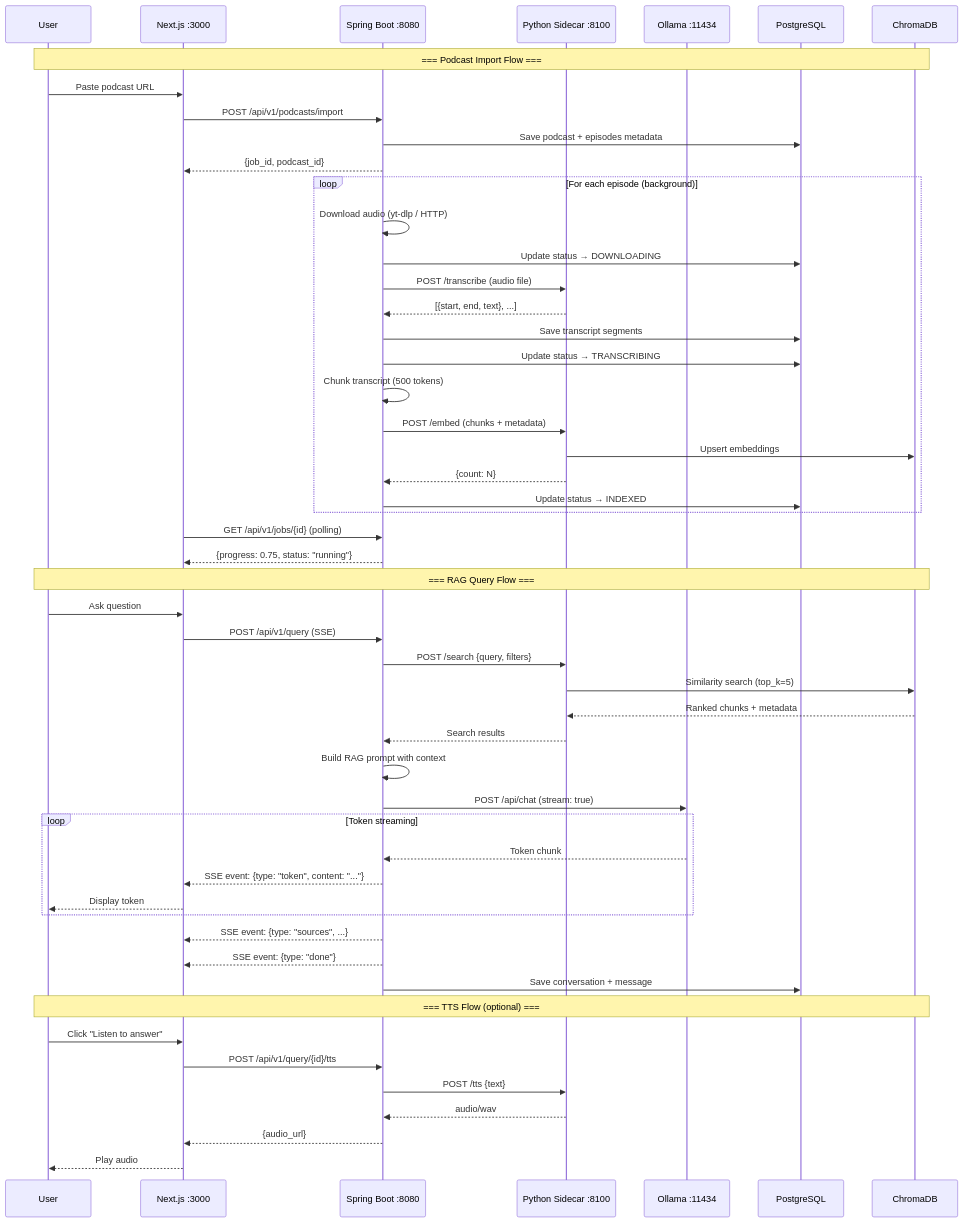
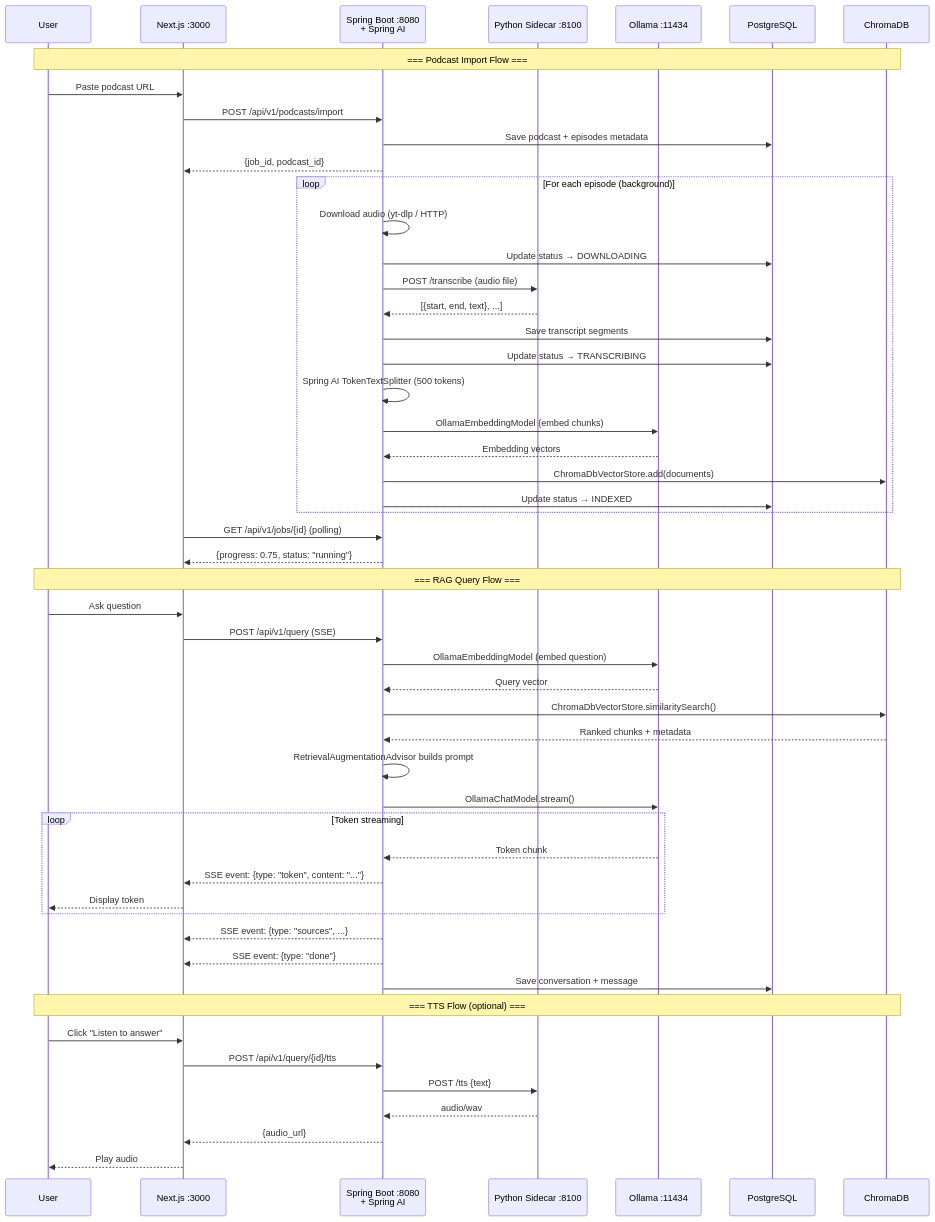
Before and after one commit to jsohi/localloom: the sixth of 7 diagrams in docs/DIAGRAMS.md, drawn with Mermaid. The commit also changed other lines of this file and 1 other file, not shown here.

First line of the commit message:
Adopt Spring AI for embeddings, RAG, and LLM integration

````diff
--- a/docs/DIAGRAMS.md
+++ b/docs/DIAGRAMS.md
@@ -285,65 +285,65 @@
 ```mermaid
 sequenceDiagram
     participant User
     participant Frontend as Next.js :3000
-    participant API as Spring Boot :8080
+    participant API as Spring Boot :8080<br/>+ Spring AI
     participant Sidecar as Python Sidecar :8100
     participant Ollama as Ollama :11434
     participant DB as PostgreSQL
     participant ChromaDB
 
     Note over User,ChromaDB: === Podcast Import Flow ===
 
     User->>Frontend: Paste podcast URL
     Frontend->>API: POST /api/v1/podcasts/import
     API->>DB: Save podcast + episodes metadata
     API-->>Frontend: {job_id, podcast_id}
 
     loop For each episode (background)
         API->>API: Download audio (yt-dlp / HTTP)
         API->>DB: Update status → DOWNLOADING
         API->>Sidecar: POST /transcribe (audio file)
         Sidecar-->>API: [{start, end, text}, ...]
         API->>DB: Save transcript segments
         API->>DB: Update status → TRANSCRIBING
-        API->>API: Chunk transcript (500 tokens)
-        API->>Sidecar: POST /embed (chunks + metadata)
-        Sidecar->>ChromaDB: Upsert embeddings
-        Sidecar-->>API: {count: N}
+        API->>API: Spring AI TokenTextSplitter (500 tokens)
+        API->>Ollama: OllamaEmbeddingModel (embed chunks)
+        Ollama-->>API: Embedding vectors
+        API->>ChromaDB: ChromaDbVectorStore.add(documents)
         API->>DB: Update status → INDEXED
     end
 
     Frontend->>API: GET /api/v1/jobs/{id} (polling)
     API-->>Frontend: {progress: 0.75, status: "running"}
 
     Note over User,ChromaDB: === RAG Query Flow ===
 
     User->>Frontend: Ask question
     Frontend->>API: POST /api/v1/query (SSE)
-    API->>Sidecar: POST /search {query, filters}
-    Sidecar->>ChromaDB: Similarity search (top_k=5)
-    ChromaDB-->>Sidecar: Ranked chunks + metadata
-    Sidecar-->>API: Search results
+    API->>Ollama: OllamaEmbeddingModel (embed question)
+    Ollama-->>API: Query vector
+    API->>ChromaDB: ChromaDbVectorStore.similaritySearch()
+    ChromaDB-->>API: Ranked chunks + metadata
 
-    API->>API: Build RAG prompt with context
-    API->>Ollama: POST /api/chat (stream: true)
+    API->>API: RetrievalAugmentationAdvisor builds prompt
+    API->>Ollama: OllamaChatModel.stream()
 
     loop Token streaming
         Ollama-->>API: Token chunk
         API-->>Frontend: SSE event: {type: "token", content: "..."}
         Frontend-->>User: Display token
     end
 
     API-->>Frontend: SSE event: {type: "sources", ...}
     API-->>Frontend: SSE event: {type: "done"}
     API->>DB: Save conversation + message
 
     Note over User,ChromaDB: === TTS Flow (optional) ===
 
     User->>Frontend: Click "Listen to answer"
     Frontend->>API: POST /api/v1/query/{id}/tts
     API->>Sidecar: POST /tts {text}
     Sidecar-->>API: audio/wav
     API-->>Frontend: {audio_url}
     Frontend-->>User: Play audio
 ```
````
